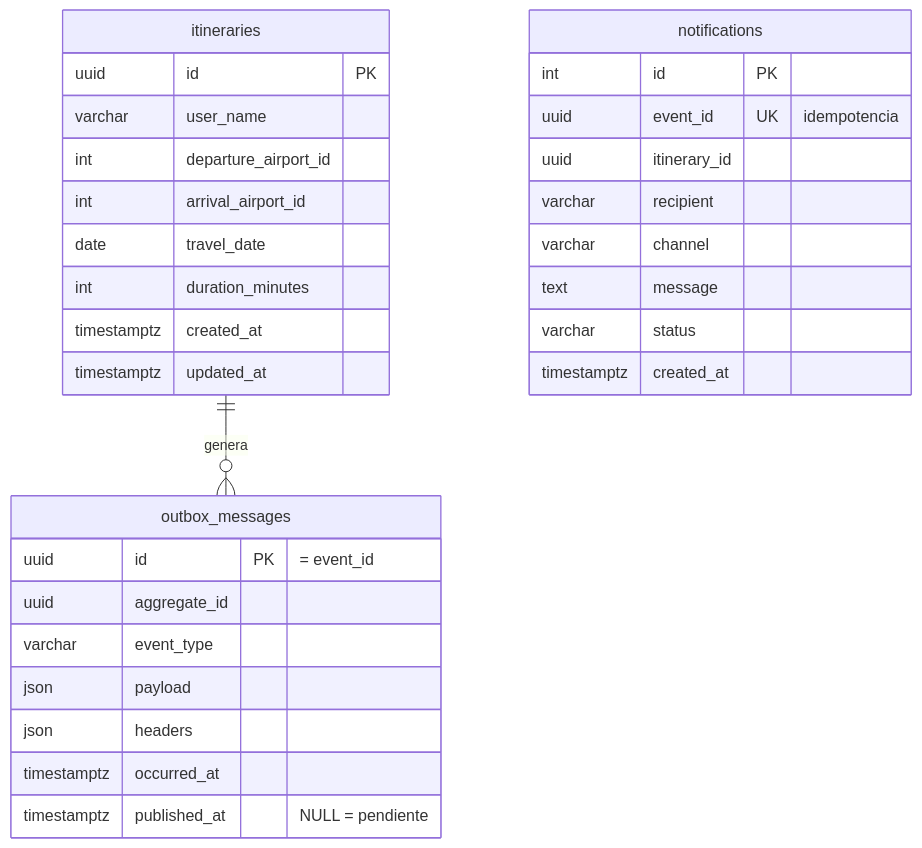
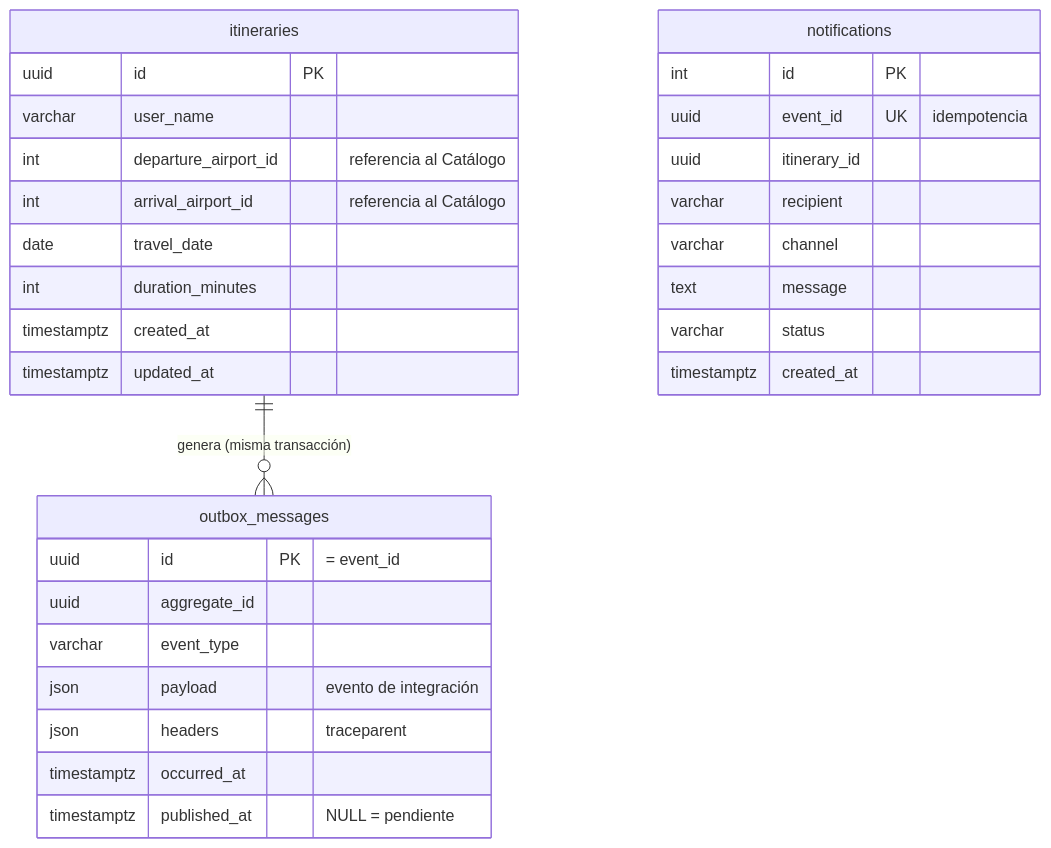
The third of 7 diagrams in README.md (eperezg-spec/Proyecto-Arquitectura-sistema-de-itinerarios-de-viaje), drawn with Mermaid before and after one commit. The commit also changed other lines of this file and 144 other files, not shown here.

````diff
--- a/README.md
+++ b/README.md
@@ -186,33 +142,33 @@
 ```mermaid
 erDiagram
+    itineraries ||--o{ outbox_messages : "genera (misma transacción)"
     itineraries {
         uuid id PK
         varchar user_name
-        int departure_airport_id
-        int arrival_airport_id
+        int departure_airport_id "referencia al Catálogo"
+        int arrival_airport_id "referencia al Catálogo"
         date travel_date
         int duration_minutes
         timestamptz created_at
         timestamptz updated_at
     }
     outbox_messages {
         uuid id PK "= event_id"
         uuid aggregate_id
         varchar event_type
-        json payload
-        json headers
+        json payload "evento de integración"
+        json headers "traceparent"
         timestamptz occurred_at
         timestamptz published_at "NULL = pendiente"
     }
     notifications {
         int id PK
         uuid event_id UK "idempotencia"
         uuid itinerary_id
         varchar recipient
         varchar channel
         text message
         varchar status
         timestamptz created_at
     }
-    itineraries ||--o{ outbox_messages : genera
 ```
````
